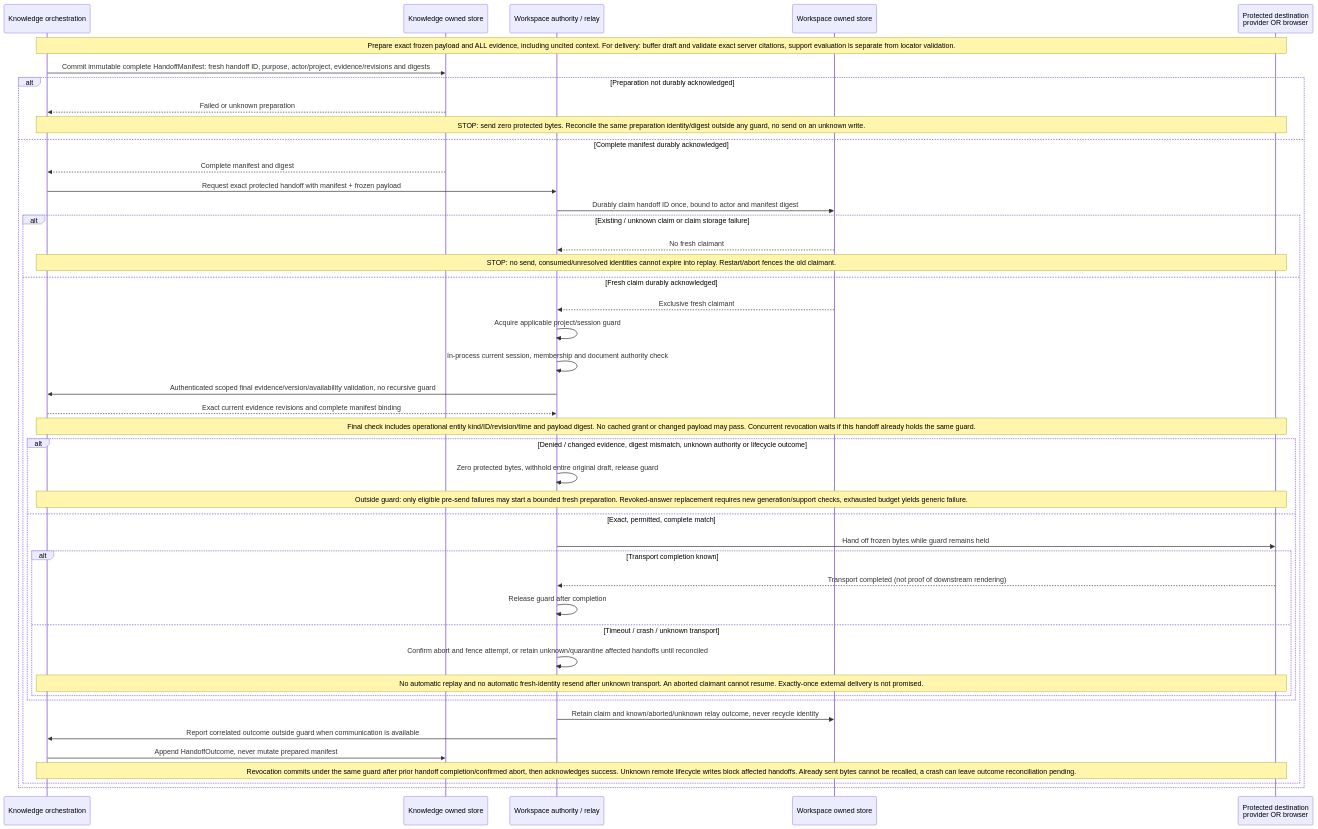
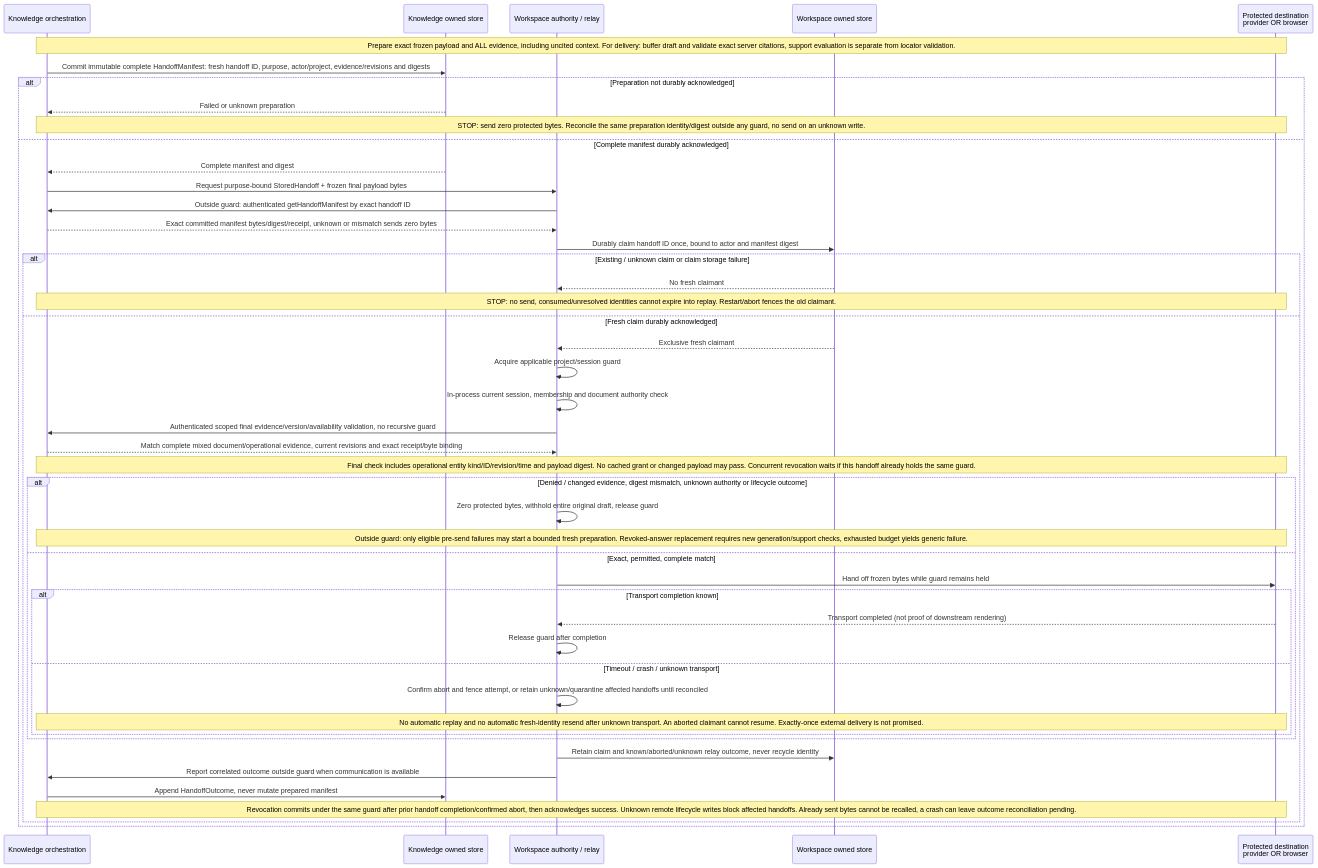
One commit to 900M100CK/scrum-workspace-KMS-ai changed the diagram in docs/sdlc/diagrams/sequence/protected-handoff.mmd. Above: the diagram before and after it, drawn with Mermaid. The commit also changed 141 other files, not shown here.

```diff
--- a/docs/sdlc/diagrams/sequence/protected-handoff.mmd
+++ b/docs/sdlc/diagrams/sequence/protected-handoff.mmd
@@ -1,50 +1,52 @@
 %% Origin: docs/sdlc/diagrams/design-foundation-2026-10-17.md v0.1
-%% DGM-SEQ-01 v0.1 Draft - 17 October 2026
-%% Sources: DGM-DESIGN-01 v0.1; PRD-01 v0.9; UC-02 v0.6; SAD-03 v0.12; DATA-04 v0.6; ADR-0006; ADR-0011; ADR-0012; ADR-0013; ADR-0017
+%% DGM-SEQ-01 v0.2 Draft - 18 October 2026
+%% Sources: DGM-DESIGN-01 v0.1; PRD-01 v0.9; UC-02 v0.7; SAD-03 v0.15; DATA-04 v0.11; ADR-0006; ADR-0011; ADR-0012; ADR-0013; ADR-0017; ADR-0020
 %% Trace: FR-14, FR-28–FR-29, FR-39, FR-55, FR-57, FR-59, FR-67; SC-05–SC-07; TC-26
 %% Scope: One provider-input OR answer-delivery attempt; repeat with a fresh manifest per purpose. Handlers and additive manifest storage are pending.
 %% Legend: Solid: call; dashed: return. Guard is Workspace-owned; durable preparation and remote outcome writes occur outside it.
 sequenceDiagram
     participant K as Knowledge orchestration
     participant KD as Knowledge owned store
     participant W as Workspace authority / relay
     participant WD as Workspace owned store
     participant T as Protected destination<br/>provider OR browser
     Note over K,T: Prepare exact frozen payload and ALL evidence, including uncited context. For delivery: buffer draft and validate exact server citations, support evaluation is separate from locator validation.
     K->>KD: Commit immutable complete HandoffManifest: fresh handoff ID, purpose, actor/project, evidence/revisions and digests
     alt Preparation not durably acknowledged
     KD-->>K: Failed or unknown preparation
     Note over K,T: STOP: send zero protected bytes. Reconcile the same preparation identity/digest outside any guard, no send on an unknown write.
     else Complete manifest durably acknowledged
     KD-->>K: Complete manifest and digest
-    K->>W: Request exact protected handoff with manifest + frozen payload
+    K->>W: Request purpose-bound StoredHandoff + frozen final payload bytes
+    W->>K: Outside guard: authenticated getHandoffManifest by exact handoff ID
+    K-->>W: Exact committed manifest bytes/digest/receipt, unknown or mismatch sends zero bytes
     W->>WD: Durably claim handoff ID once, bound to actor and manifest digest
     alt Existing / unknown claim or claim storage failure
     WD-->>W: No fresh claimant
     Note over K,T: STOP: no send, consumed/unresolved identities cannot expire into replay. Restart/abort fences the old claimant.
     else Fresh claim durably acknowledged
     WD-->>W: Exclusive fresh claimant
     W->>W: Acquire applicable project/session guard
     W->>W: In-process current session, membership and document authority check
     W->>K: Authenticated scoped final evidence/version/availability validation, no recursive guard
-    K-->>W: Exact current evidence revisions and complete manifest binding
+    K-->>W: Match complete mixed document/operational evidence, current revisions and exact receipt/byte binding
     Note over K,T: Final check includes operational entity kind/ID/revision/time and payload digest. No cached grant or changed payload may pass. Concurrent revocation waits if this handoff already holds the same guard.
     alt Denied / changed evidence, digest mismatch, unknown authority or lifecycle outcome
     W->>W: Zero protected bytes, withhold entire original draft, release guard
     Note over K,T: Outside guard: only eligible pre-send failures may start a bounded fresh preparation. Revoked-answer replacement requires new generation/support checks, exhausted budget yields generic failure.
     else Exact, permitted, complete match
     W->>T: Hand off frozen bytes while guard remains held
     alt Transport completion known
     T-->>W: Transport completed (not proof of downstream rendering)
     W->>W: Release guard after completion
     else Timeout / crash / unknown transport
     W->>W: Confirm abort and fence attempt, or retain unknown/quarantine affected handoffs until reconciled
     Note over K,T: No automatic replay and no automatic fresh-identity resend after unknown transport. An aborted claimant cannot resume. Exactly-once external delivery is not promised.
     end
     end
     W->>WD: Retain claim and known/aborted/unknown relay outcome, never recycle identity
     W->>K: Report correlated outcome outside guard when communication is available
     K->>KD: Append HandoffOutcome, never mutate prepared manifest
     Note over K,T: Revocation commits under the same guard after prior handoff completion/confirmed abort, then acknowledges success. Unknown remote lifecycle writes block affected handoffs. Already sent bytes cannot be recalled, a crash can leave outcome reconciliation pending.
     end
     end
```
